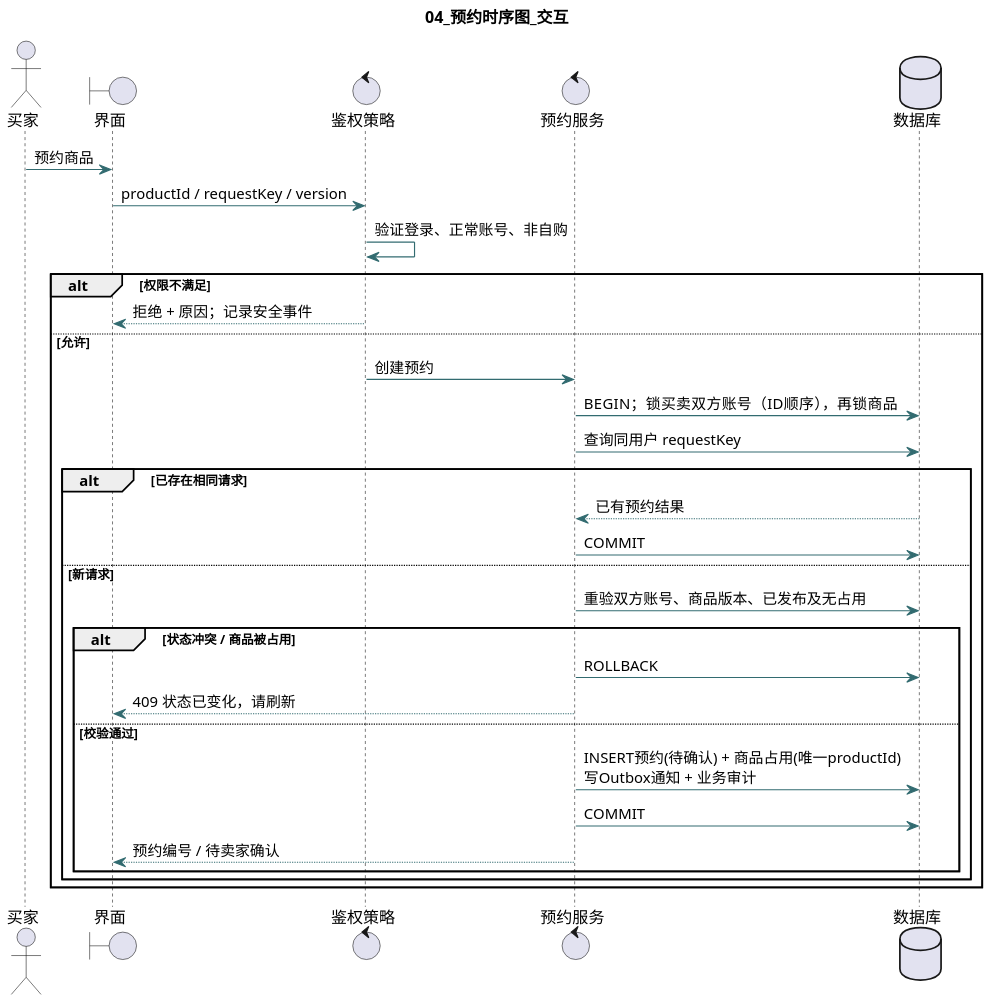
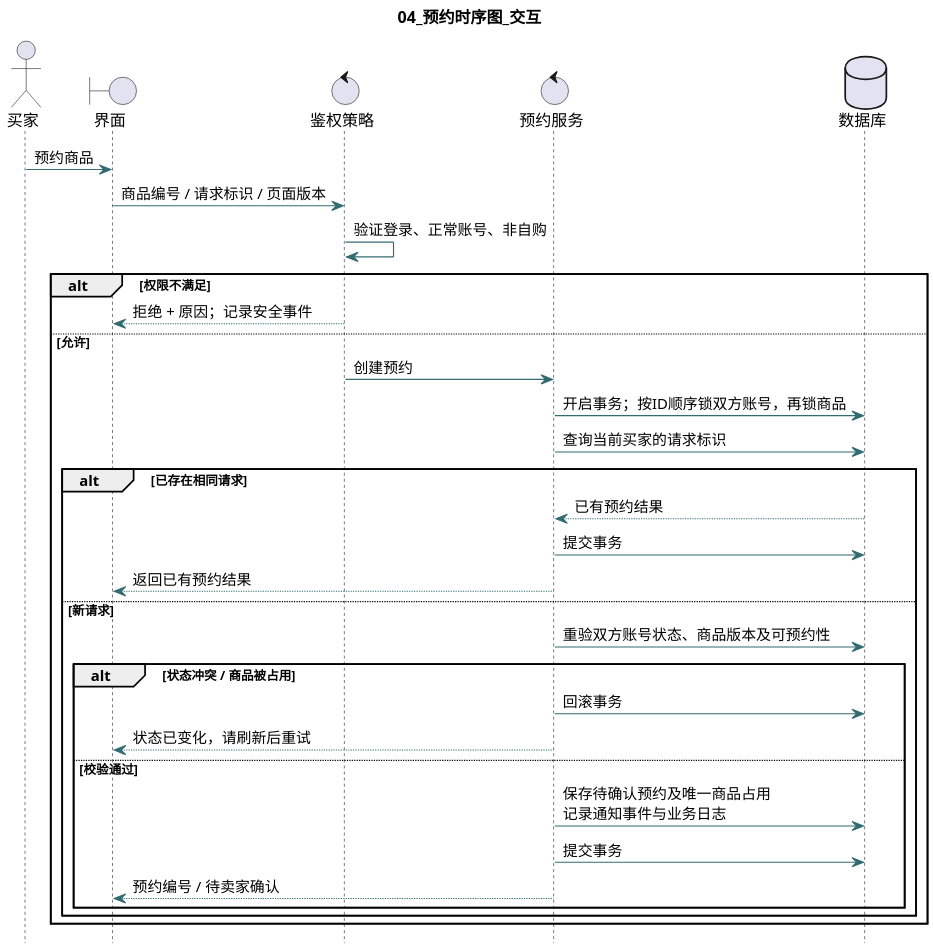
One commit to SyEicL/Software-Engineer-Lab changed the diagram in UML/04_预约时序图_交互.puml. Above: the diagram before and after it, drawn with PlantUML. The commit also changed 7 other files, not shown here.

```diff
--- a/UML/04_预约时序图_交互.puml
+++ b/UML/04_预约时序图_交互.puml
@@ -1,39 +1,41 @@
 @startuml
 !pragma layout smetana
 skinparam defaultFontName Microsoft YaHei
 skinparam dpi 180
 skinparam shadowing false
 skinparam backgroundColor #FFFFFF
 skinparam ArrowColor #326B70
 skinparam classBackgroundColor #EDF7F6
 title 04_预约时序图_交互
+hide footbox
 actor 买家 as B
 boundary 界面 as UI
 control 鉴权策略 as Auth
 control 预约服务 as R
 database 数据库 as DB
 B -> UI : 预约商品
-UI -> Auth : productId / requestKey / version
+UI -> Auth : 商品编号 / 请求标识 / 页面版本
 Auth -> Auth : 验证登录、正常账号、非自购
 alt 权限不满足
  Auth --> UI : 拒绝 + 原因；记录安全事件
 else 允许
  Auth -> R : 创建预约
- R -> DB : BEGIN；锁买卖双方账号（ID顺序），再锁商品
- R -> DB : 查询同用户 requestKey
+ R -> DB : 开启事务；按ID顺序锁双方账号，再锁商品
+ R -> DB : 查询当前买家的请求标识
  alt 已存在相同请求
   DB --> R : 已有预约结果
-  R -> DB : COMMIT
+  R -> DB : 提交事务
+  R --> UI : 返回已有预约结果
  else 新请求
-  R -> DB : 重验双方账号、商品版本、已发布及无占用
+  R -> DB : 重验双方账号状态、商品版本及可预约性
   alt 状态冲突 / 商品被占用
-   R -> DB : ROLLBACK
-   R --> UI : 409 状态已变化，请刷新
+   R -> DB : 回滚事务
+   R --> UI : 状态已变化，请刷新后重试
   else 校验通过
-   R -> DB : INSERT预约(待确认) + 商品占用(唯一productId)\n写Outbox通知 + 业务审计
-   R -> DB : COMMIT
+   R -> DB : 保存待确认预约及唯一商品占用\n记录通知事件与业务日志
+   R -> DB : 提交事务
    R --> UI : 预约编号 / 待卖家确认
   end
  end
 end
 @enduml
```
